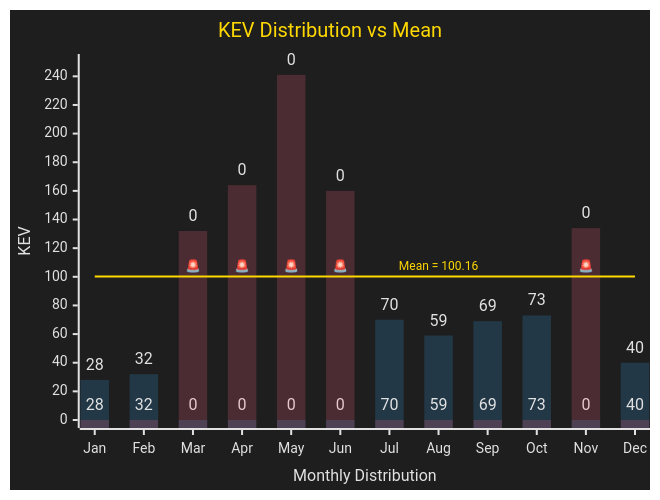
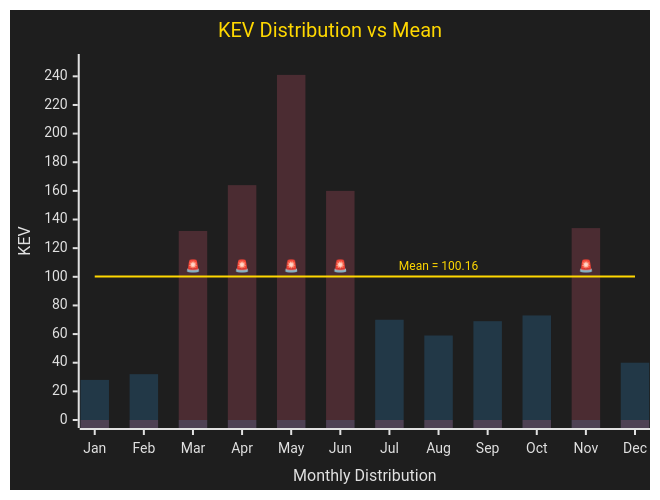
The second of 2 diagrams in mdfiles/cisakev36m.md (myseq/makeshift), drawn with Mermaid before and after one commit.

Commit message:
updated data

````diff
--- a/mdfiles/cisakev36m.md
+++ b/mdfiles/cisakev36m.md
@@ -37,33 +37,33 @@
 ```mermaid
 ---
 config:
     xyChart:
         width: 640
         height: 480
         showLegend: true
-        showDataLabel: true
+        showDataLabel: false
         showDataLabelOutsideBar: true
     themeVariables:
         xyChart:
             backgroundColor: "#1e1e1e"
             titleColor: "#ffd800"
             dataLabelColor: "#e1e1e1"
             xAxisLabelColor: "#e1e1e1"
             xAxisTitleColor: "#e1e1e1"
             xAxisTickColor: "#e1e1e1"
             xAxisLineColor: "#e1e1e1"
             yAxisLabelColor: "#e1e1e1"
             yAxisTitleColor: "#e1e1e1"
             yAxisTickColor: "#e1e1e1"
             yAxisLineColor: "#e1e1e1"
             plotColorPalette: '#36A2EB33, #FF638433, #ffd800'
 ---
 xychart
     title "KEV Distribution vs Mean"
     x-axis "Monthly Distribution" [Jan, Feb, Mar, Apr, May, Jun, Jul, Aug, Sep, Oct, Nov, Dec]
     y-axis "KEV"  0 --> 250
     bar "below" [28, 32, 0, 0, 0, 0, 70, 59, 69, 73, 0, 40]
     bar "above" [ 0,  0, 132, 164, 241, 160, 0, 0, 0, 0, 134, 0]
     line "mean" [100.16, 100.16, 100.16 "🚨", 100.16 "🚨", 100.16 "🚨", 100.16 "🚨", 100.16, 100.16 "Mean = 100.16", 100.16, 100.16, 100.16 "🚨", 100.16]
 
 ```
````
